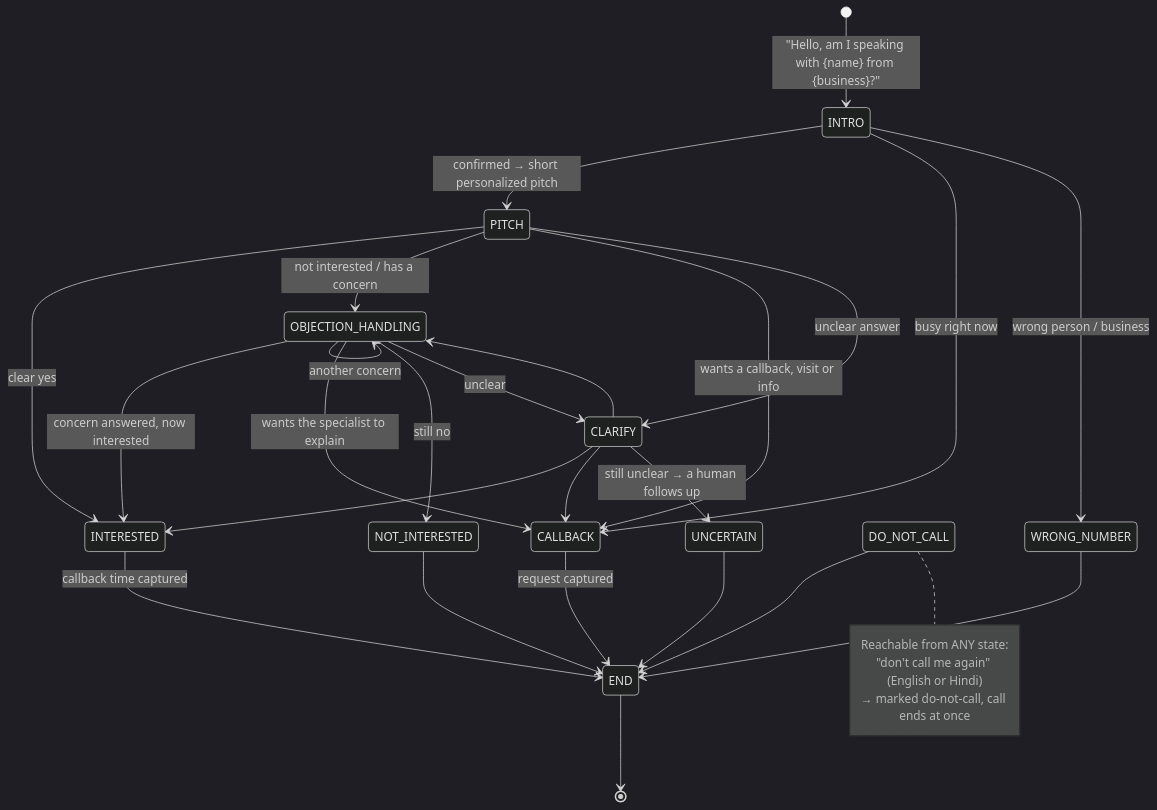
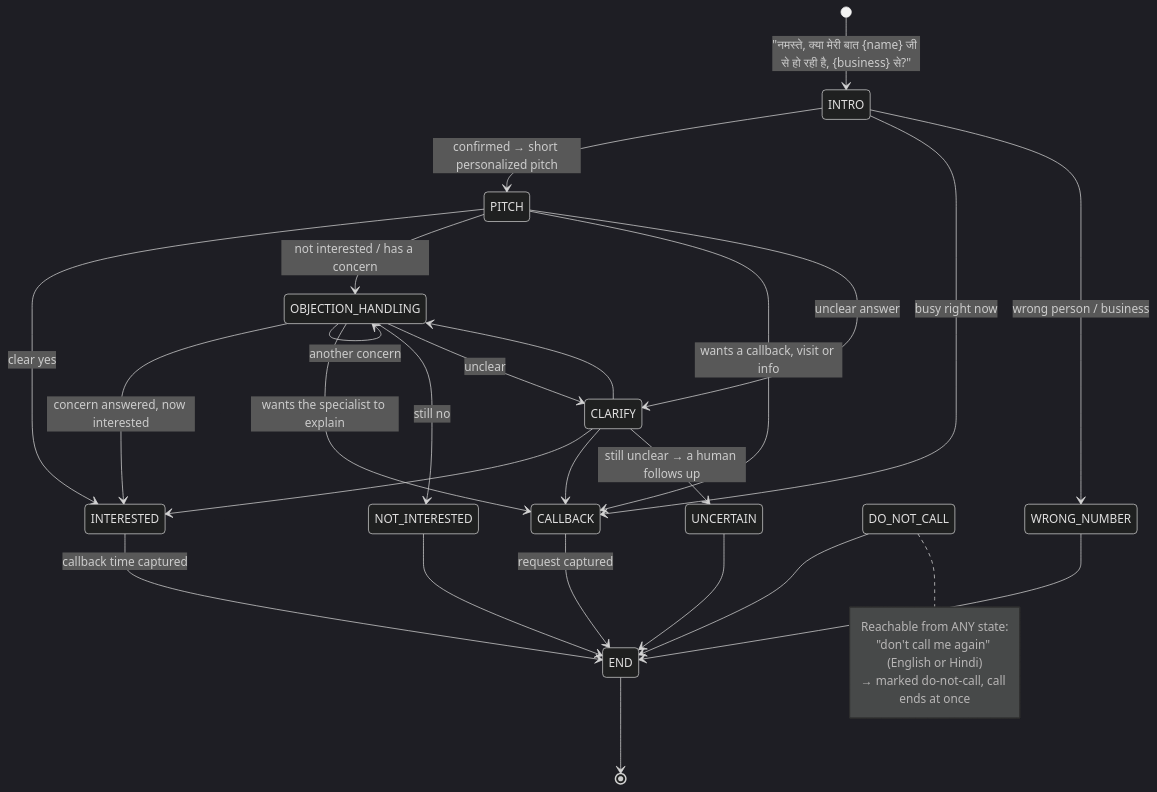
One commit to KNambiarDJsc/AI_sales_agent changed the third of 4 diagrams in FLOW.md. Above: the diagram before and after it, drawn with Mermaid (dark theme). The commit also changed other lines of this file and 21 other files, not shown here.

````diff
--- a/FLOW.md
+++ b/FLOW.md
@@ -87,37 +88,37 @@
 ```mermaid
 stateDiagram-v2
-    [*] --> INTRO: "Hello, am I speaking with {name} from {business}?"
+    [*] --> INTRO: "नमस्ते, क्या मेरी बात {name} जी से हो रही है, {business} से?"
     INTRO --> PITCH: confirmed → short personalized pitch
     INTRO --> CALLBACK: busy right now
     INTRO --> WRONG_NUMBER: wrong person / business
 
     PITCH --> INTERESTED: clear yes
     PITCH --> OBJECTION_HANDLING: not interested / has a concern
     PITCH --> CALLBACK: wants a callback, visit or info
     PITCH --> CLARIFY: unclear answer
 
     OBJECTION_HANDLING --> INTERESTED: concern answered, now interested
     OBJECTION_HANDLING --> OBJECTION_HANDLING: another concern
     OBJECTION_HANDLING --> CALLBACK: wants the specialist to explain
     OBJECTION_HANDLING --> NOT_INTERESTED: still no
     OBJECTION_HANDLING --> CLARIFY: unclear
 
     CLARIFY --> INTERESTED
     CLARIFY --> OBJECTION_HANDLING
     CLARIFY --> CALLBACK
     CLARIFY --> UNCERTAIN: still unclear → a human follows up
 
     INTERESTED --> END: callback time captured
     CALLBACK --> END: request captured
     UNCERTAIN --> END
     NOT_INTERESTED --> END
     WRONG_NUMBER --> END
     DO_NOT_CALL --> END
     END --> [*]
 
     note right of DO_NOT_CALL
         Reachable from ANY state:
         "don't call me again" (English or Hindi)
         → marked do-not-call, call ends at once
     end note
 ```
````
